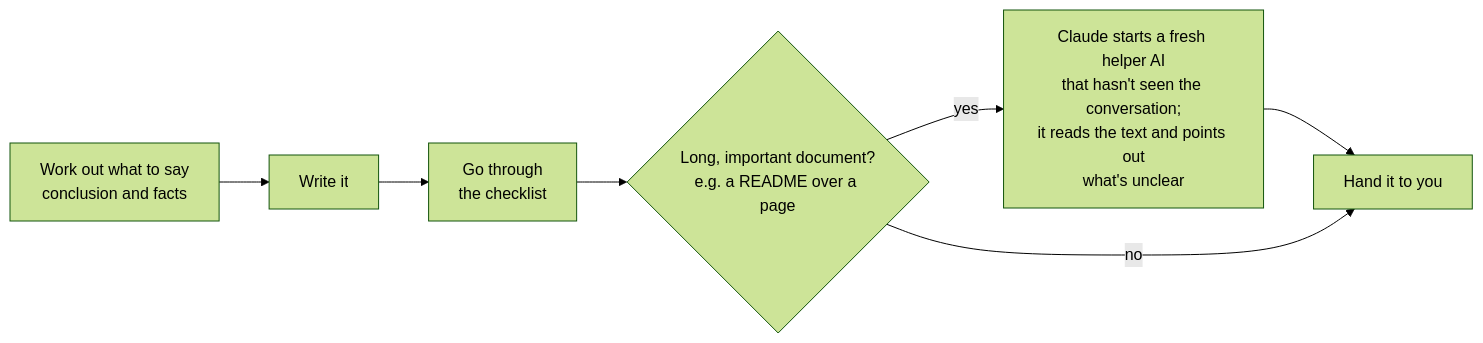
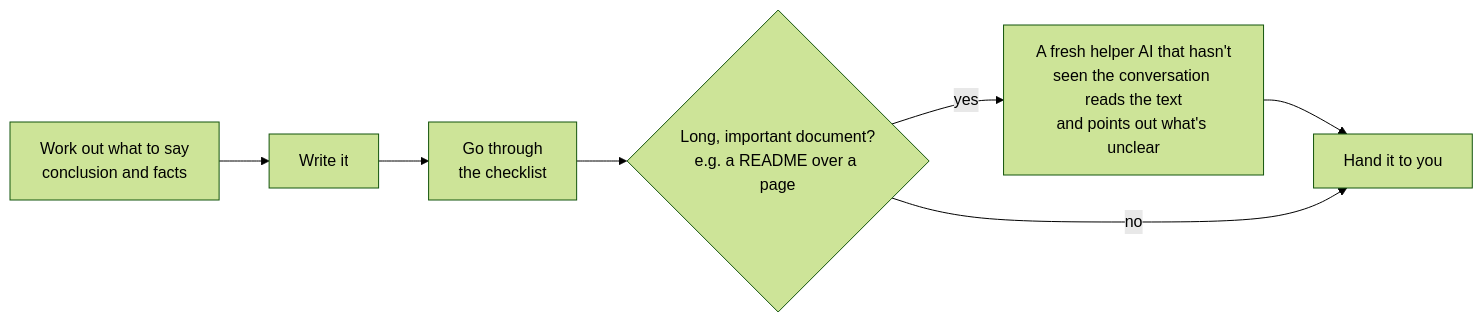
The diagram in README.en.md (caredhieacid/talk-like-a-human), drawn with Mermaid (forest theme) before and after one commit. The commit also changed other lines of this file and 26 other files, not shown here.

````diff
--- a/README.en.md
+++ b/README.en.md
@@ -197,9 +232,9 @@
 ```mermaid
 flowchart LR
     A["Work out what to say<br/>conclusion and facts"] --> B["Write it"]
     B --> C["Go through<br/>the checklist"]
     C --> D{"Long, important document?<br/>e.g. a README over a page"}
-    D -- yes --> E["Claude starts a fresh helper AI<br/>that hasn't seen the conversation;<br/>it reads the text and points out<br/>what's unclear"]
+    D -- yes --> E["A fresh helper AI that hasn't<br/>seen the conversation reads the text<br/>and points out what's unclear"]
     E --> F["Hand it to you"]
     D -- no --> F
 ```
````
